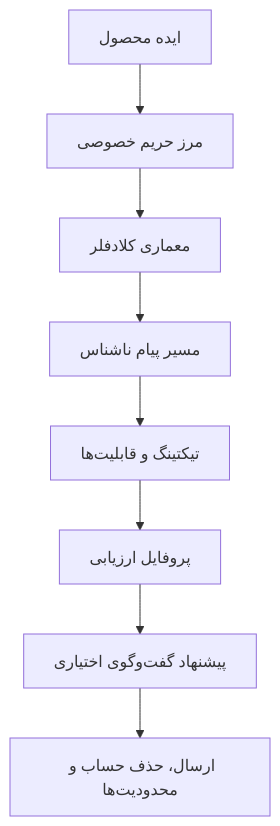
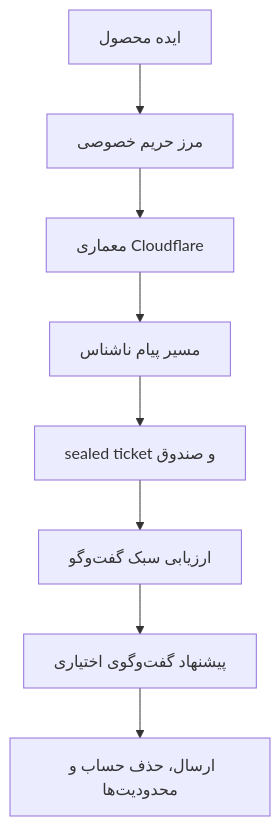
The first of 10 diagrams in content/fa/lab/nekonymous-anonymous-messaging-technical-lab.md (mohetios/mohetios.dev), drawn with Mermaid before and after one commit. The commit also changed other lines of this file and 4 other files, not shown here.

First line of the commit message:
Align Nekonymous lab and blog with V1 architecture and terminology.

````diff
--- a/content/fa/lab/nekonymous-anonymous-messaging-technical-lab.md
+++ b/content/fa/lab/nekonymous-anonymous-messaging-technical-lab.md
@@ -53,10 +39,10 @@
 ```mermaid
 flowchart TD
   Idea[ایده محصول] --> Boundary[مرز حریم خصوصی]
-  Boundary --> Architecture[معماری کلادفلر]
+  Boundary --> Architecture[معماری Cloudflare]
   Architecture --> MessageFlow[مسیر پیام ناشناس]
-  MessageFlow --> Ticketing[تیکتینگ و قابلیت‌ها]
-  Ticketing --> Assessment[پروفایل ارزیابی]
+  MessageFlow --> Ticketing[sealed ticket و صندوق]
+  Ticketing --> Assessment[ارزیابی سبک گفت‌وگو]
   Assessment --> Matching[پیشنهاد گفت‌وگوی اختیاری]
   Matching --> Ops[ارسال، حذف حساب و محدودیت‌ها]
 ```
````
